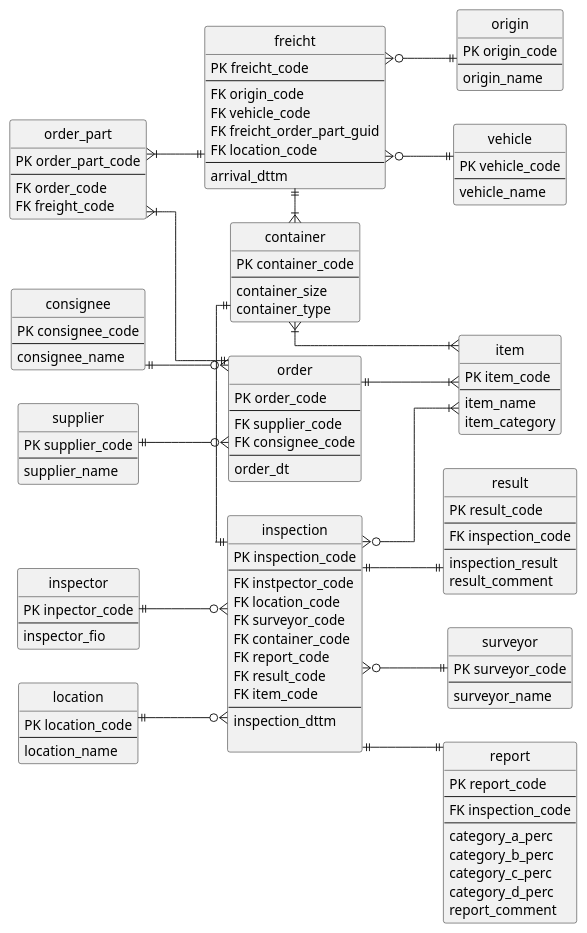
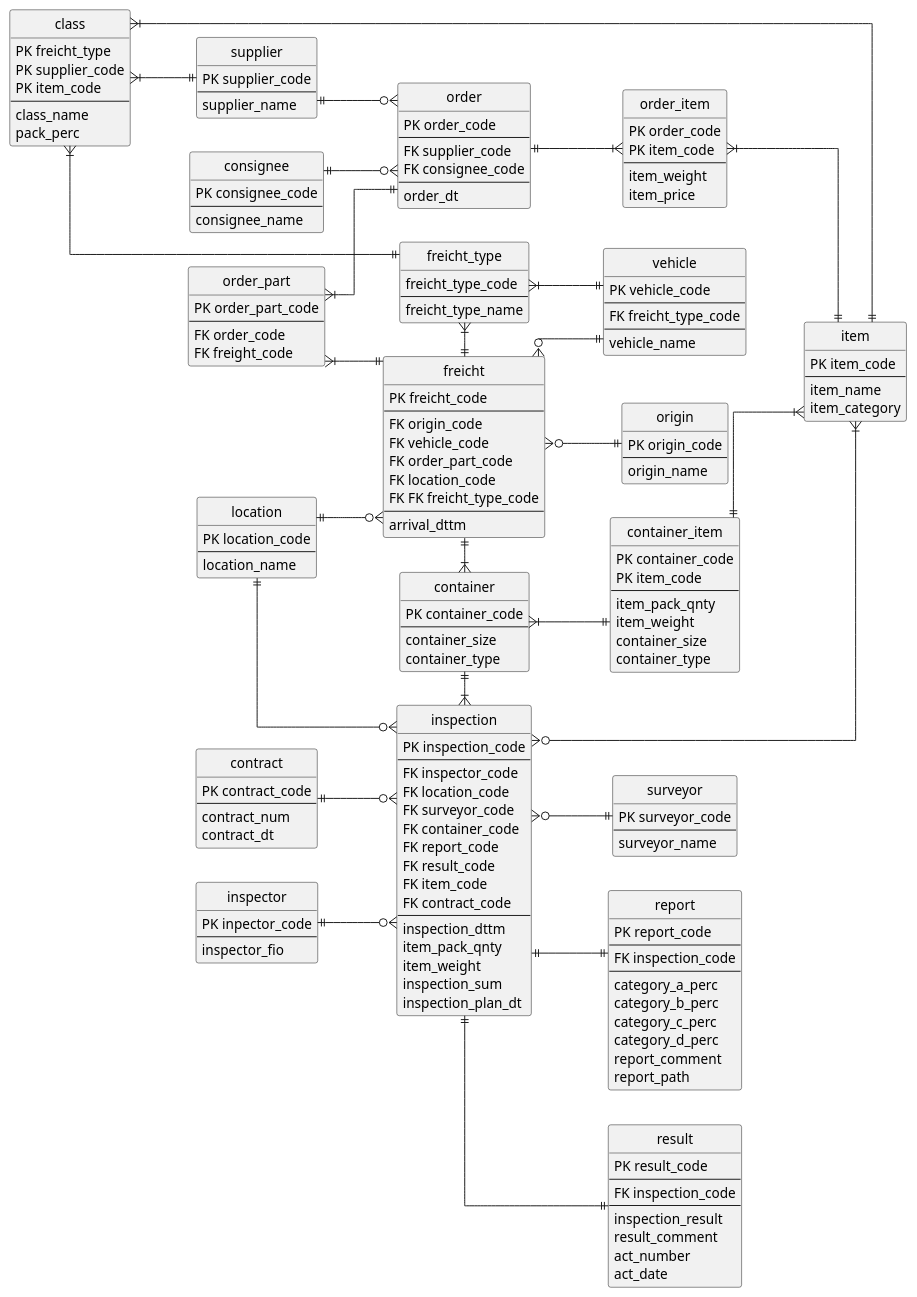
The diagram in 01_dwh_design/08_project/erd/inspections_3nf.puml (rsnlearn/karpov_hard_de_40), drawn with PlantUML before and after one commit.

```diff
--- a/01_dwh_design/08_project/erd/inspections_3nf.puml
+++ b/01_dwh_design/08_project/erd/inspections_3nf.puml
@@ -12,8 +12,9 @@
     --
     FK origin_code
     FK vehicle_code
-    FK freicht_order_part_guid
+    FK order_part_code
     FK location_code
+    FK FK freicht_type_code
     --
     arrival_dttm
 }
@@ -27,7 +28,15 @@
 entity vehicle {
     PK vehicle_code
     --
+    FK freicht_type_code
+    --
     vehicle_name
+}
+
+entity freicht_type {
+    freicht_type_code
+    --
+    freicht_type_name
 }
 
 entity container {
@@ -37,19 +46,48 @@
     container_type
 }
 
+entity container_item {
+    PK container_code
+    PK item_code
+    --
+    item_pack_qnty
+    item_weight
+    container_size
+    container_type
+}
+
+entity order_item {
+    PK order_code
+    PK item_code
+    --
+    item_weight
+    item_price
+}
+
+entity contract{
+    PK contract_code
+    --
+    contract_num
+    contract_dt
+}
+
 entity inspection {
     PK inspection_code
     --
-    FK instpector_code
+    FK inspector_code
     FK location_code
     FK surveyor_code
     FK container_code
     FK report_code
     FK result_code
     FK item_code
+    FK contract_code
     --
     inspection_dttm
-    
+    item_pack_qnty
+    item_weight
+    inspection_sum
+    inspection_plan_dt
 }
 
 entity item {
@@ -115,6 +153,7 @@
     category_c_perc
     category_d_perc
     report_comment
+    report_path
 }
 
 entity result {
@@ -124,6 +163,17 @@
     --
     inspection_result
     result_comment
+    act_number
+    act_date
+}
+
+entity class {
+    PK freicht_type
+    PK supplier_code
+    PK item_code
+    --
+    class_name
+    pack_perc
 }
 
 freicht }o--|| origin
@@ -132,11 +182,15 @@
 
 freicht ||-|{ container
 
-inspection ||-left|| container
+inspection }|-left|| container
 
-container }|--|{ item
+container }|--|| container_item
 
-order ||--|{ item
+container_item ||--|{ item
+
+order ||--|{ order_item
+
+order_item }|--|| item
 
 order ||-up-|{ order_part
 
@@ -150,12 +204,26 @@
 
 inspection }o--|{ item
 
-location ||--o{ inspection 
+location ||--o{ inspection
+
+location ||--o{ freicht
 
 inspector ||--o{ inspection
+
+contract ||--o{ inspection
 
 inspection ||--|| report
 
 inspection ||--|| result
 
+class }|--|| supplier
+
+class }|--|| freicht_type
+
+class }|--|| item
+
+freicht_type }|-|| freicht
+
+freicht_type }|--|| vehicle
+
 @enduml
```
